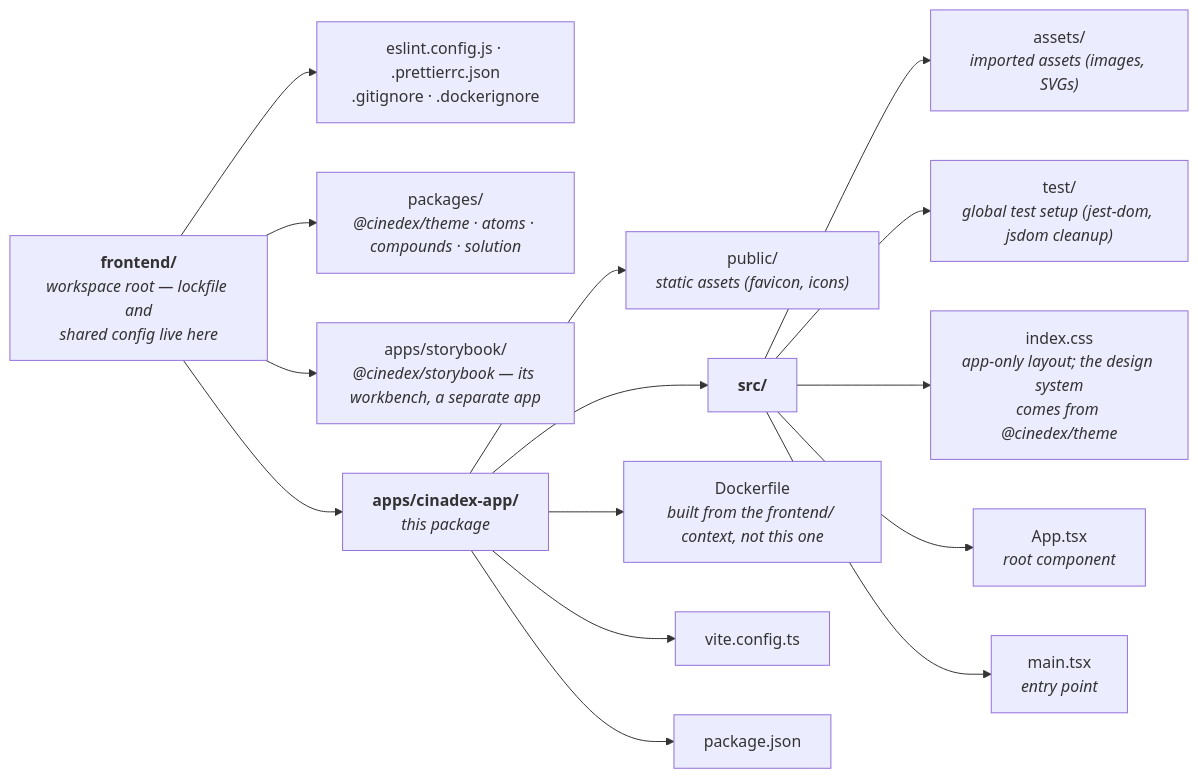
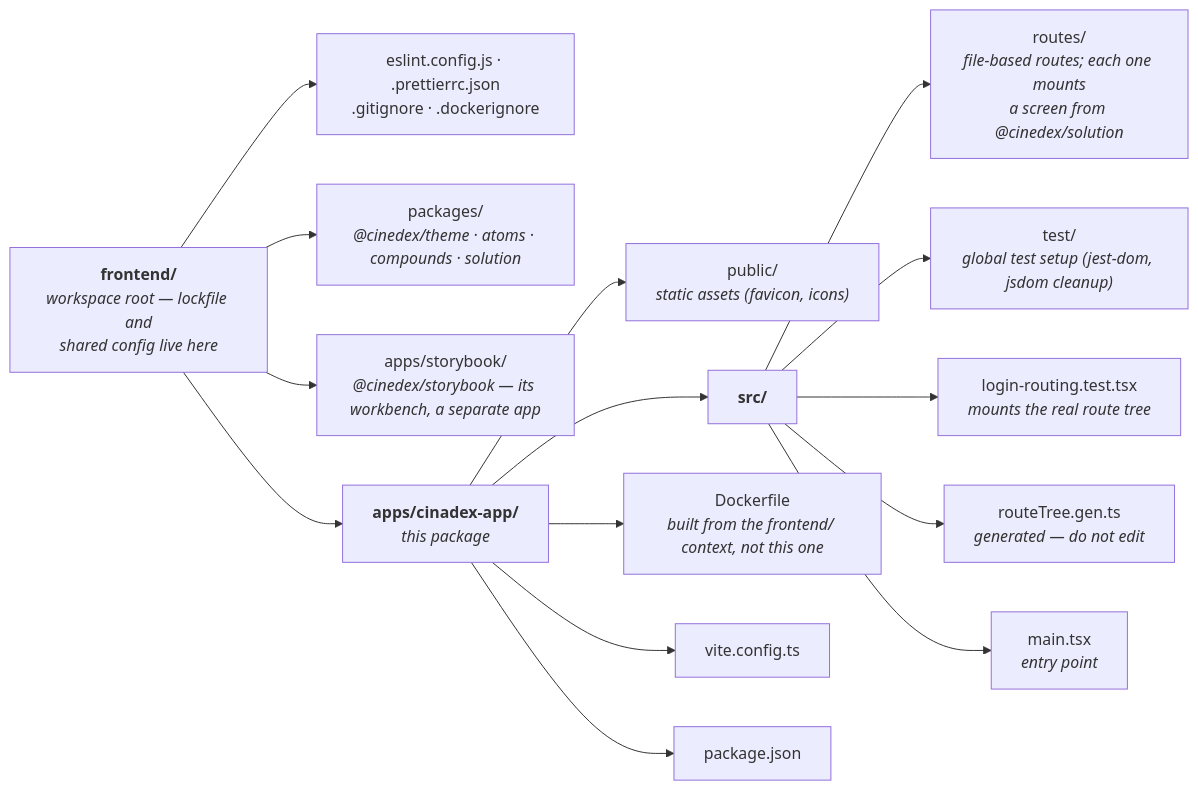
The diagram in frontend/apps/cinadex-app/README.md (felipedferreira/Cinedex), drawn with Mermaid before and after one commit. The commit also changed 22 other files, not shown here.

````diff
--- a/frontend/apps/cinadex-app/README.md
+++ b/frontend/apps/cinadex-app/README.md
@@ -9,21 +9,21 @@
 ```mermaid
 flowchart LR
     FE["<b>frontend/</b><br/><i>workspace root — lockfile and<br/>shared config live here</i>"]
 
     FE --> CFG["eslint.config.js · .prettierrc.json<br/>.gitignore · .dockerignore"]
     FE --> COMP["packages/<br/><i>@cinedex/theme · atoms · compounds · solution</i>"]
     FE --> SB["apps/storybook/<br/><i>@cinedex/storybook — its workbench, a separate app</i>"]
     FE --> APP["<b>apps/cinadex-app/</b><br/><i>this package</i>"]
 
     APP --> PUB["public/<br/><i>static assets (favicon, icons)</i>"]
     APP --> SRC["<b>src/</b>"]
     APP --> DOCKER["Dockerfile<br/><i>built from the frontend/ context, not this one</i>"]
     APP --> VITE["vite.config.ts"]
     APP --> PKG["package.json"]
 
-    SRC --> S1["assets/<br/><i>imported assets (images, SVGs)</i>"]
+    SRC --> S1["routes/<br/><i>file-based routes; each one mounts<br/>a screen from @cinedex/solution</i>"]
     SRC --> S2["test/<br/><i>global test setup (jest-dom, jsdom cleanup)</i>"]
-    SRC --> S3["index.css<br/><i>app-only layout; the design system<br/>comes from @cinedex/theme</i>"]
-    SRC --> S4["App.tsx<br/><i>root component</i>"]
+    SRC --> S3["login-routing.test.tsx<br/><i>mounts the real route tree</i>"]
+    SRC --> S4["routeTree.gen.ts<br/><i>generated — do not edit</i>"]
     SRC --> S5["main.tsx<br/><i>entry point</i>"]
 ```
````
